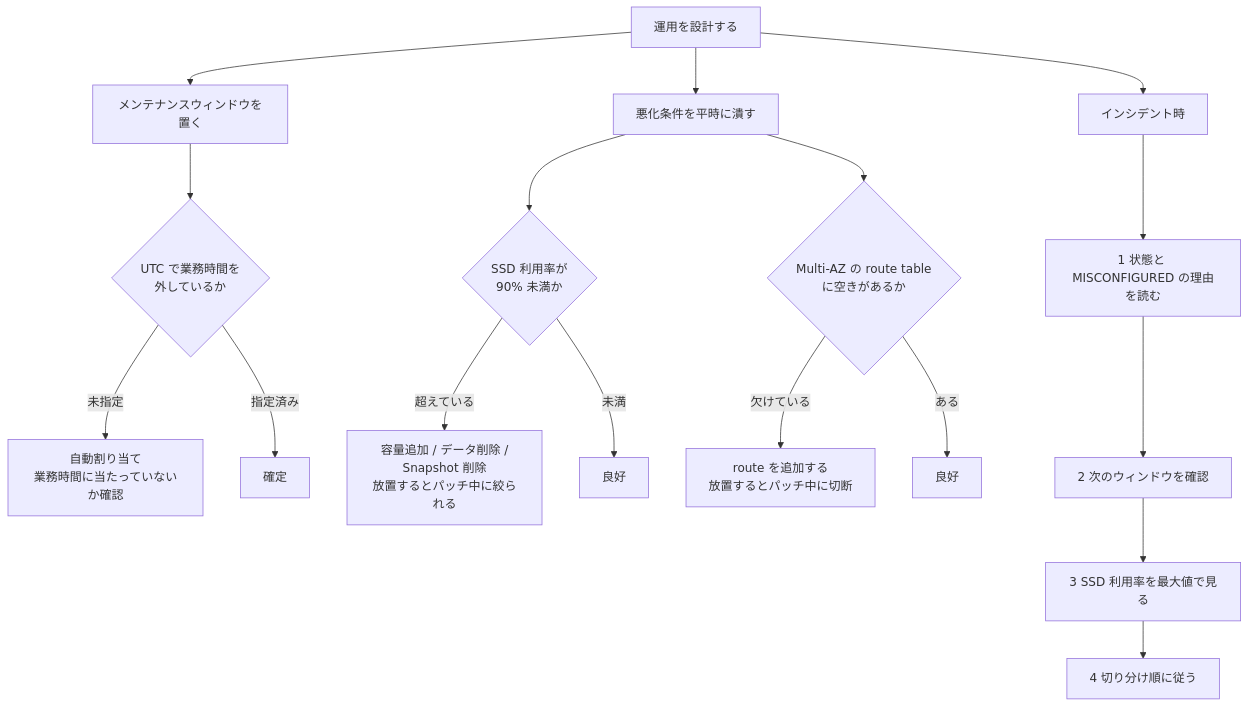
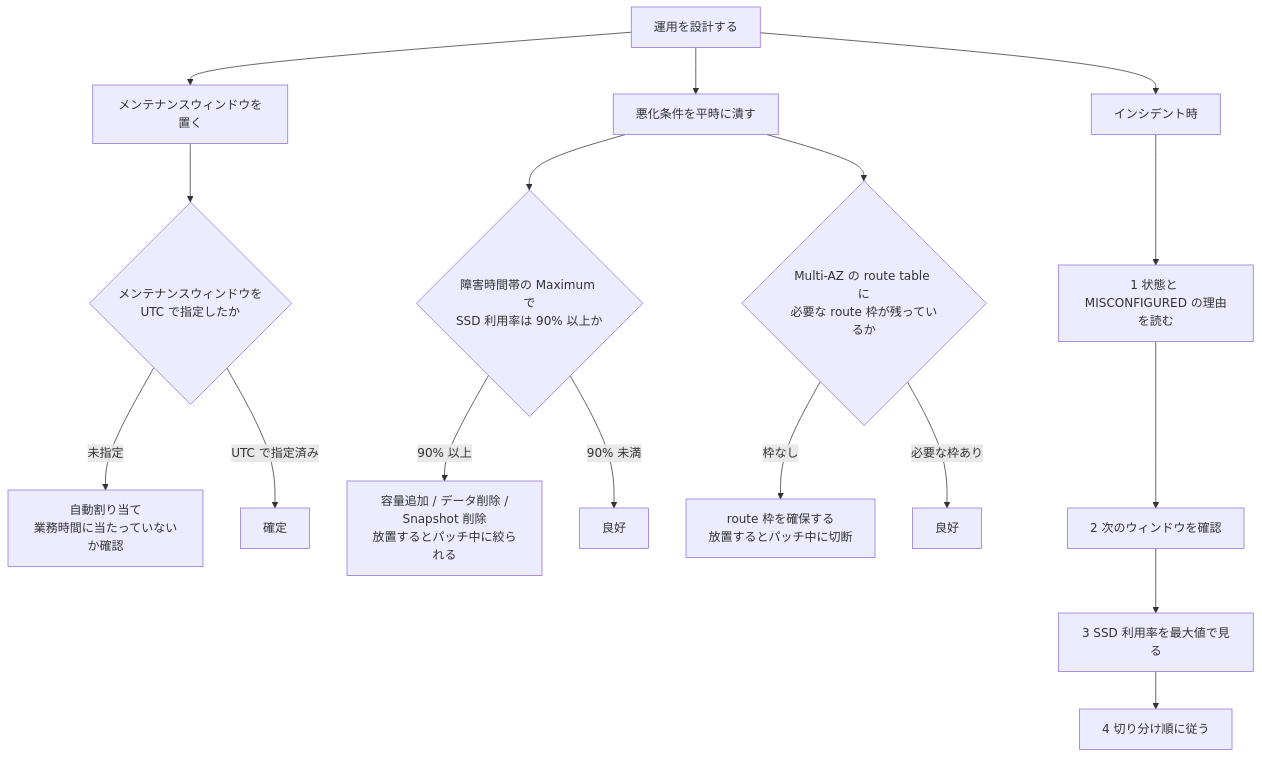
One commit to Yoshiki0705/FSx-for-ONTAP-Adoption-Playbook changed the diagram in docs/ja/playbooks/05-operate/notes/maintenance-cannot-be-deferred.md. Above: the diagram before and after it, drawn with Mermaid. The commit also changed other lines of this file and 257 other files, not shown here.

````diff
--- a/docs/ja/playbooks/05-operate/notes/maintenance-cannot-be-deferred.md
+++ b/docs/ja/playbooks/05-operate/notes/maintenance-cannot-be-deferred.md
@@ -140,22 +160,22 @@
 ```mermaid
 graph TD
     A[運用を設計する] --> W[メンテナンスウィンドウを置く]
-    W --> UTC{UTC で業務時間を<br/>外しているか}
+    W --> UTC{メンテナンスウィンドウを<br/>UTC で指定したか}
     UTC -->|未指定| AUTO["自動割り当て<br/>業務時間に当たっていないか確認"]
-    UTC -->|指定済み| OK[確定]
+    UTC -->|UTC で指定済み| OK[確定]
 
     A --> PRE[悪化条件を平時に潰す]
-    PRE --> SSD{SSD 利用率が<br/>90% 未満か}
-    SSD -->|超えている| FIX1["容量追加 / データ削除 /<br/>Snapshot 削除<br/>放置するとパッチ中に絞られる"]
-    SSD -->|未満| GOOD1[良好]
+    PRE --> SSD{障害時間帯の Maximum で<br/>SSD 利用率は 90% 以上か}
+    SSD -->|90% 以上| FIX1["容量追加 / データ削除 /<br/>Snapshot 削除<br/>放置するとパッチ中に絞られる"]
+    SSD -->|90% 未満| GOOD1[良好]
 
-    PRE --> RT{Multi-AZ の route table<br/>に空きがあるか}
-    RT -->|欠けている| FIX2["route を追加する<br/>放置するとパッチ中に切断"]
-    RT -->|ある| GOOD2[良好]
+    PRE --> RT{Multi-AZ の route table に<br/>必要な route 枠が残っているか}
+    RT -->|枠なし| FIX2["route 枠を確保する<br/>放置するとパッチ中に切断"]
+    RT -->|必要な枠あり| GOOD2[良好]
 
     A --> INC[インシデント時]
     INC --> S1[1 状態と MISCONFIGURED の理由を読む]
     S1 --> S2[2 次のウィンドウを確認]
     S2 --> S3[3 SSD 利用率を最大値で見る]
     S3 --> S4[4 切り分け順に従う]
 ```
````
